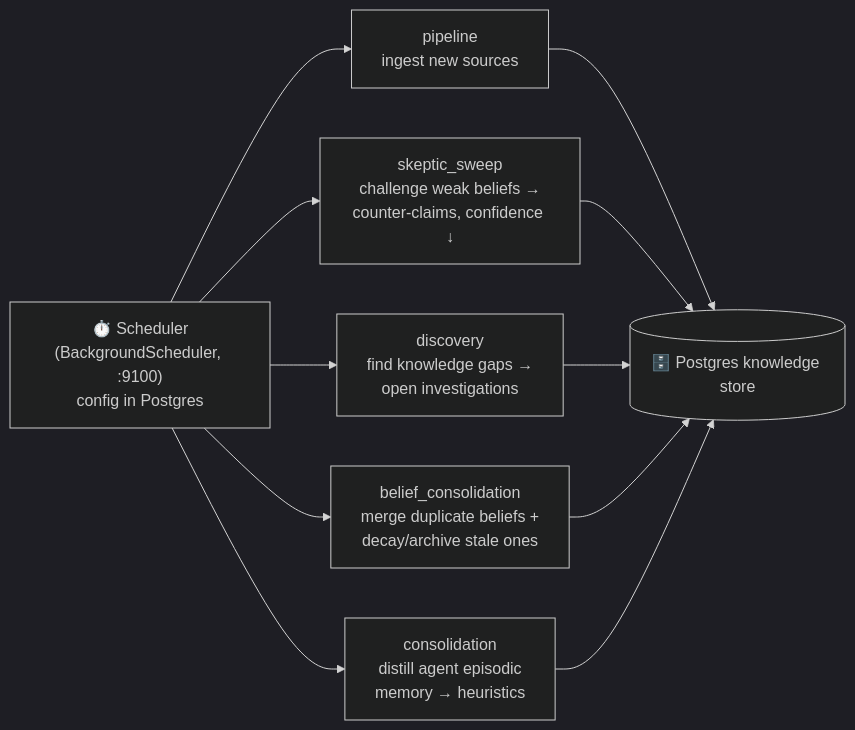
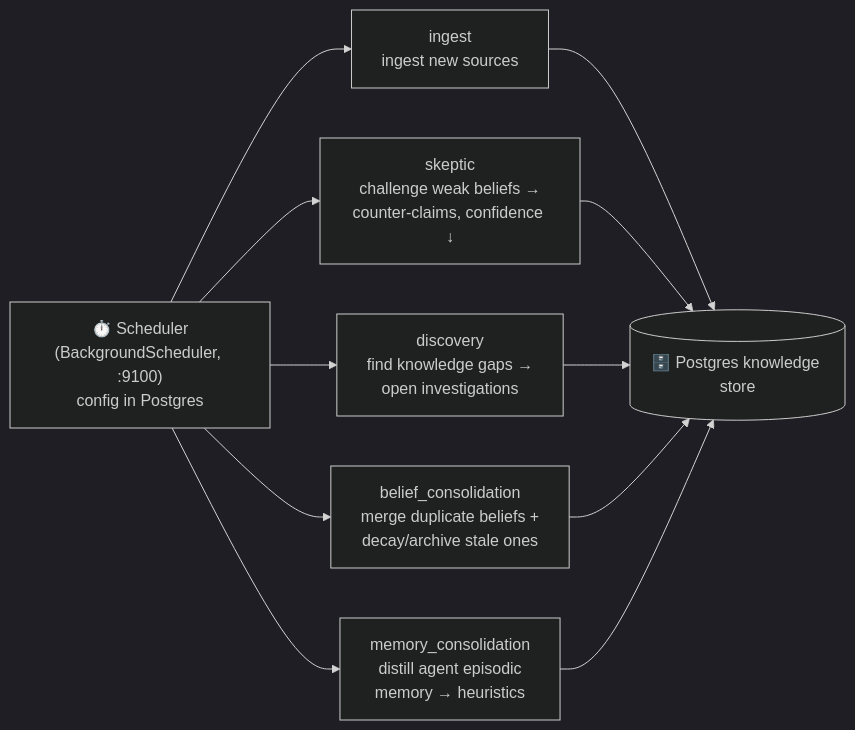
Before and after one commit to bklassen3434/agent-mesh: the second of 2 diagrams in docs/architecture.md, drawn with Mermaid (dark theme). The commit also changed other lines of this file and 64 other files, not shown here.

````diff
--- a/docs/architecture.md
+++ b/docs/architecture.md
@@ -70,16 +70,16 @@
 ```mermaid
 flowchart LR
     SCHED["⏱️ Scheduler<br/>(BackgroundScheduler, :9100)<br/>config in Postgres"]
 
-    SCHED --> P["pipeline<br/>ingest new sources"]
-    SCHED --> SK["skeptic_sweep<br/>challenge weak beliefs →<br/>counter-claims, confidence ↓"]
+    SCHED --> P["ingest<br/>ingest new sources"]
+    SCHED --> SK["skeptic<br/>challenge weak beliefs →<br/>counter-claims, confidence ↓"]
     SCHED --> DISC["discovery<br/>find knowledge gaps →<br/>open investigations"]
     SCHED --> BC["belief_consolidation<br/>merge duplicate beliefs +<br/>decay/archive stale ones"]
-    SCHED --> CON["consolidation<br/>distill agent episodic<br/>memory → heuristics"]
+    SCHED --> CON["memory_consolidation<br/>distill agent episodic<br/>memory → heuristics"]
 
     P --> DB[("🗄️ Postgres knowledge store")]
     SK --> DB
     DISC --> DB
     BC --> DB
     CON --> DB
 ```
````
